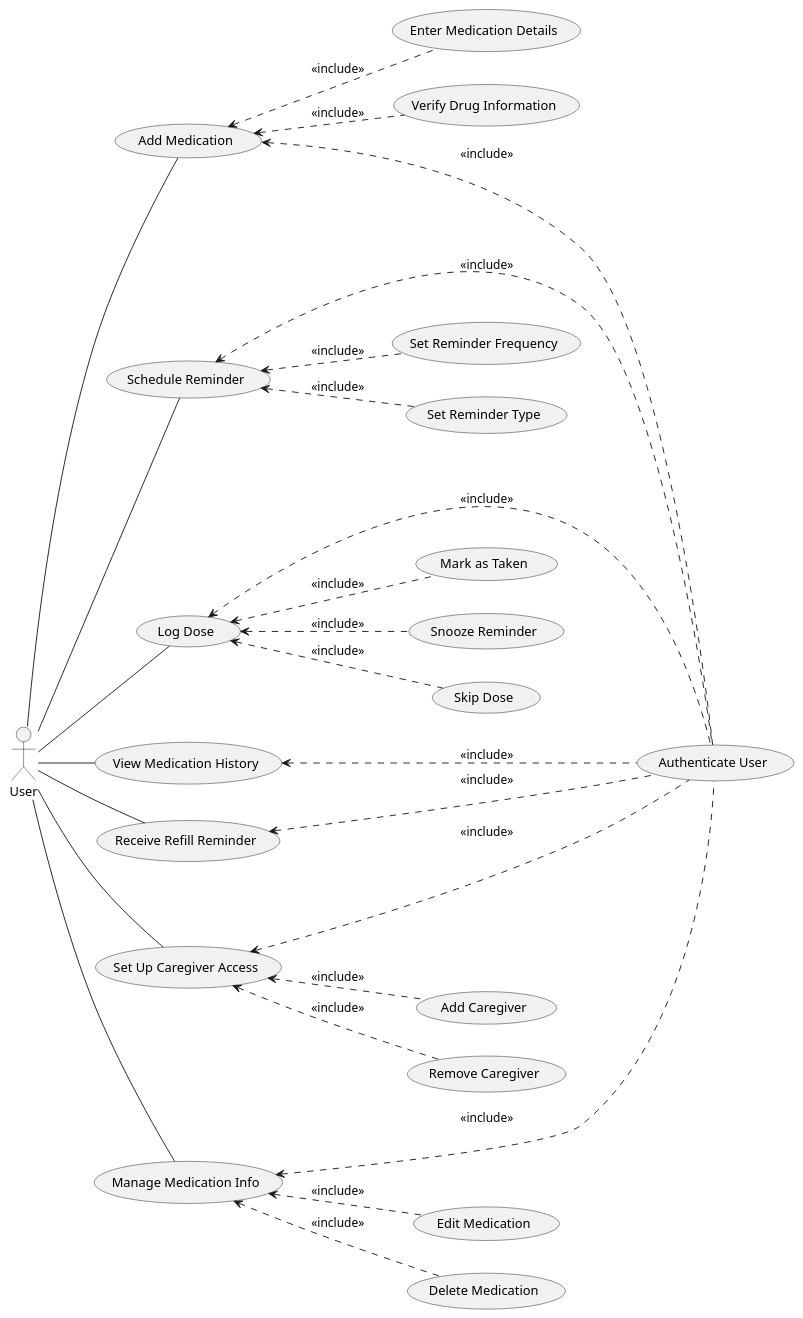
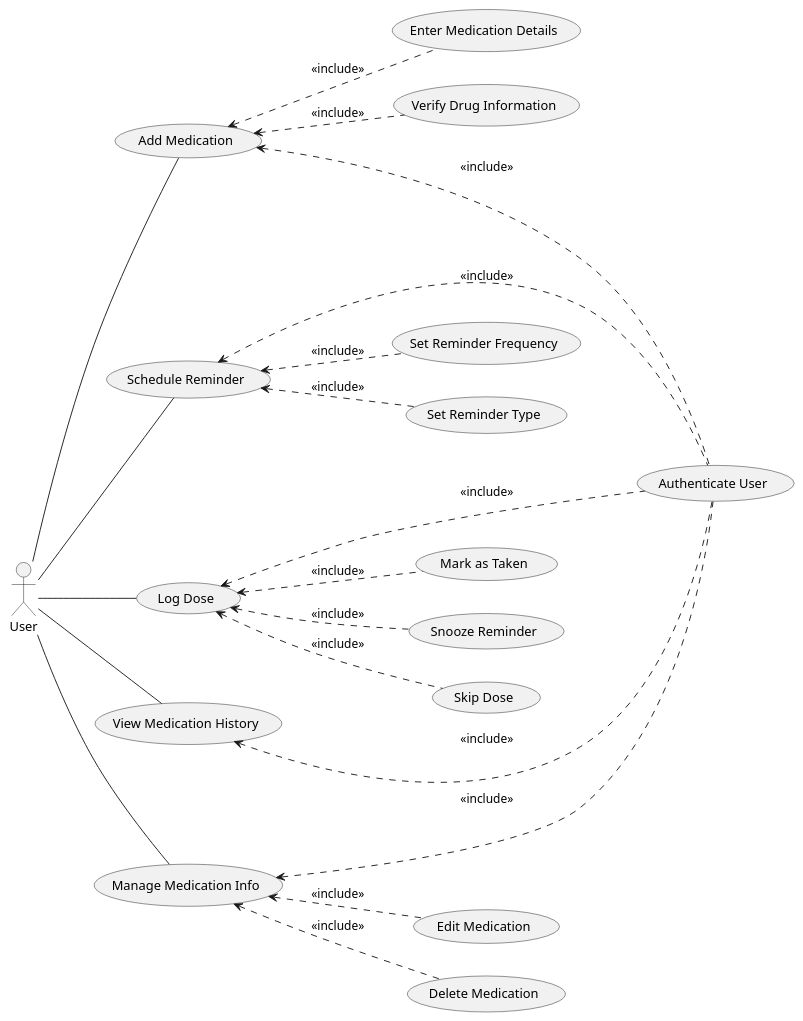
Before and after one commit to Tribak77/lancement-fil-rouge: the diagram in Analyse/UseCase.puml, drawn with PlantUML.

Commit message:
edit the use case

```diff
--- a/Analyse/UseCase.puml
+++ b/Analyse/UseCase.puml
@@ -1,39 +1,31 @@
-@startuml
+@startuml Medication Reminder
 left to right direction
 
 actor "User" as user
 
 user -- (Add Medication)
 user -- (Schedule Reminder)
 user -- (Log Dose)
 user -- (View Medication History)
-user -- (Receive Refill Reminder)
-user -- (Set Up Caregiver Access)
 user -- (Manage Medication Info)
 
 (Add Medication) <.. (Enter Medication Details) : <<include>>
 (Add Medication) <.. (Verify Drug Information) : <<include>>
 (Add Medication) <... (Authenticate User) : <<include>>
 
 (Schedule Reminder) <.. (Set Reminder Frequency) : <<include>>
 (Schedule Reminder) <.. (Set Reminder Type) : <<include>>
 (Schedule Reminder) <... (Authenticate User) : <<include>>
 
 (Log Dose) <.. (Mark as Taken) : <<include>>
 (Log Dose) <.. (Snooze Reminder) : <<include>>
 (Log Dose) <.. (Skip Dose) : <<include>>
 (Log Dose) <... (Authenticate User) : <<include>>
 
 (View Medication History) <... (Authenticate User) : <<include>>
 
-(Set Up Caregiver Access) <.. (Add Caregiver) : <<include>>
-(Set Up Caregiver Access) <.. (Remove Caregiver) : <<include>>
-(Set Up Caregiver Access) <... (Authenticate User) : <<include>>
-
 (Manage Medication Info) <.. (Edit Medication) : <<include>>
 (Manage Medication Info) <.. (Delete Medication) : <<include>>
 (Manage Medication Info) <... (Authenticate User) : <<include>>
 
-(Receive Refill Reminder) <... (Authenticate User) : <<include>>
-
 @enduml
```
